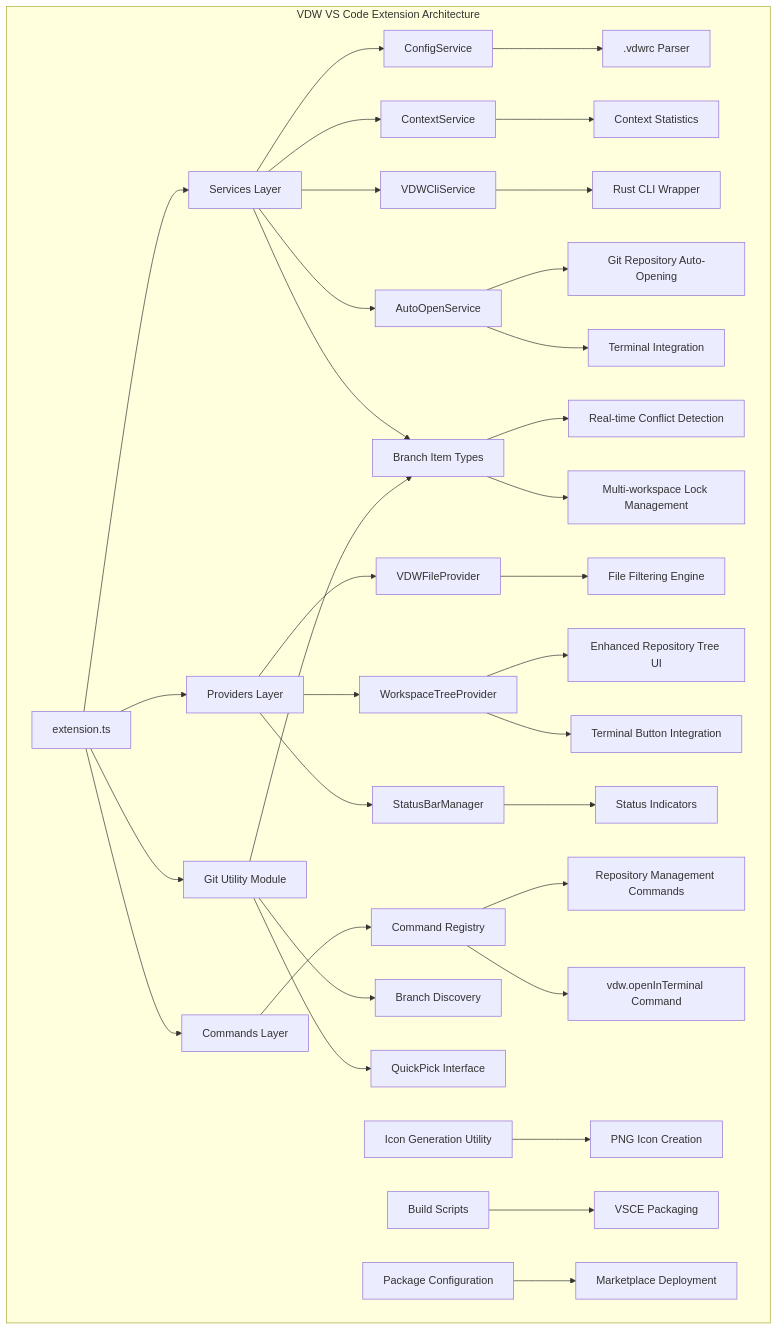
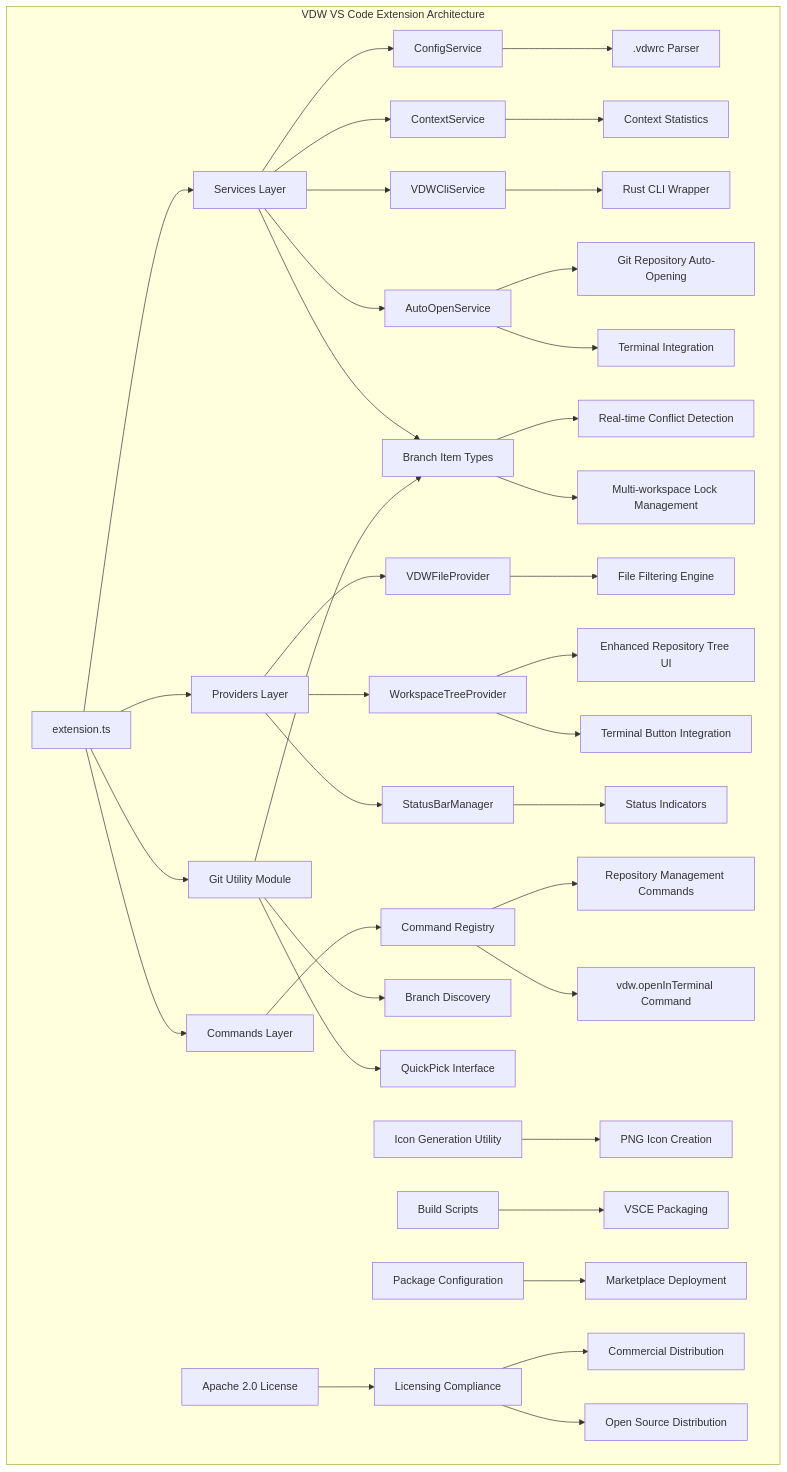
The first of 6 diagrams in .qoder/repowiki/en/content/Core Features Documentation/VS Code Plugin Bridge & IDE Integration.md (HWH-2019/vdw), drawn with Mermaid before and after one commit. The commit also changed other lines of this file and 18 other files, not shown here.

````diff
--- a/.qoder/repowiki/en/content/Core Features Documentation/VS Code Plugin Bridge & IDE Integration.md
+++ b/.qoder/repowiki/en/content/Core Features Documentation/VS Code Plugin Bridge & IDE Integration.md
@@ -71,37 +65,40 @@
 ```mermaid
 graph TB
 subgraph "VDW VS Code Extension Architecture"
 A[extension.ts] --> B[Services Layer]
 A --> C[Providers Layer]
 A --> D[Commands Layer]
 A --> EE[Git Utility Module]
 B --> E[ConfigService]
 B --> F[ContextService]
 B --> G[VDWCliService]
 B --> H[AutoOpenService]
 B --> HH[EditableLockService]
 C --> I[VDWFileProvider]
 C --> J[WorkspaceTreeProvider]
 C --> K[StatusBarManager]
 D --> L[Command Registry]
 EE --> FF[Branch Discovery]
 EE --> GG[QuickPick Interface]
 EE --> HH[Branch Item Types]
 E --> M[.vdwrc Parser]
 F --> N[Context Statistics]
 G --> O[Rust CLI Wrapper]
 H --> P[Git Repository Auto-Opening]
 H --> Q[Terminal Integration]
 HH --> RR[Real-time Conflict Detection]
 HH --> SS[Multi-workspace Lock Management]
 I --> R[File Filtering Engine]
 J --> S[Enhanced Repository Tree UI]
 J --> T[Terminal Button Integration]
 K --> U[Status Indicators]
 L --> V[Repository Management Commands]
 L --> W[vdw.openInTerminal Command]
 X[Icon Generation Utility] --> Y[PNG Icon Creation]
 Z[Build Scripts] --> AA[VSCE Packaging]
 AB[Package Configuration] --> AC[Marketplace Deployment]
+AD[Apache 2.0 License] --> AE[Licensing Compliance]
+AE --> AF[Commercial Distribution]
+AE --> AG[Open Source Distribution]
 end
 ```
````
